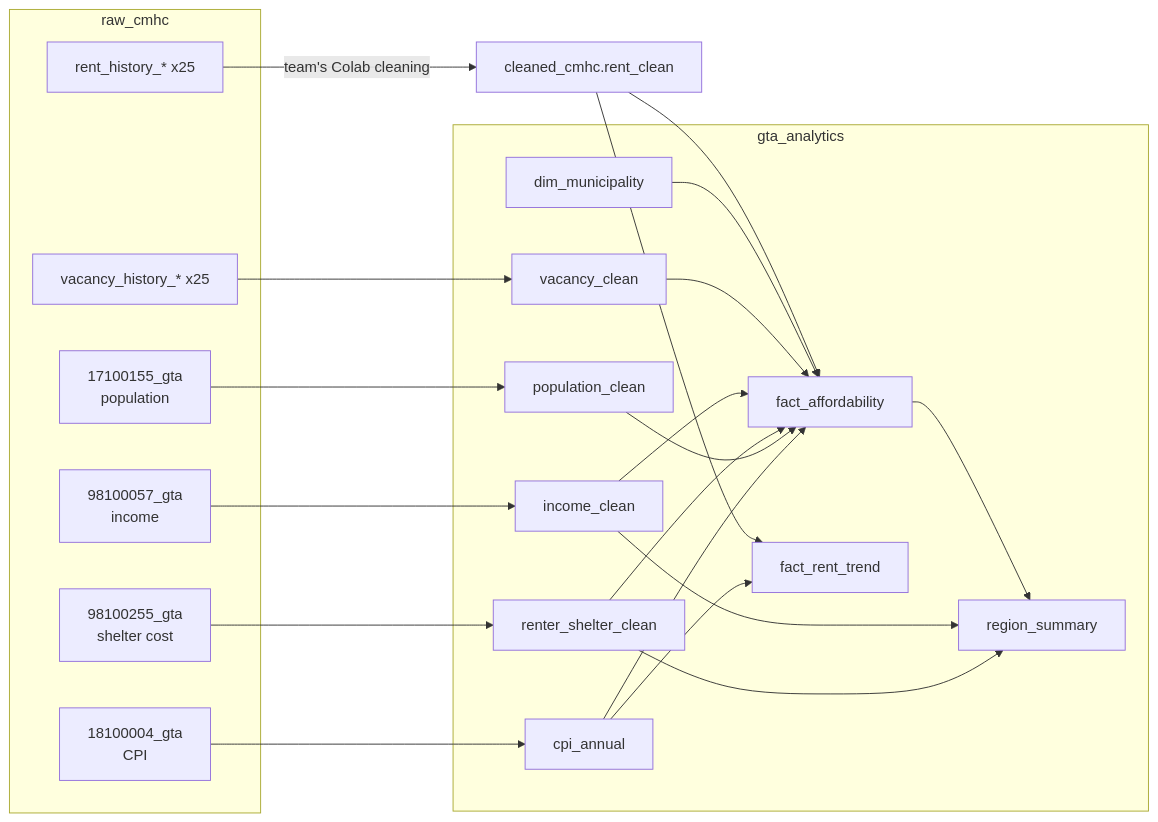
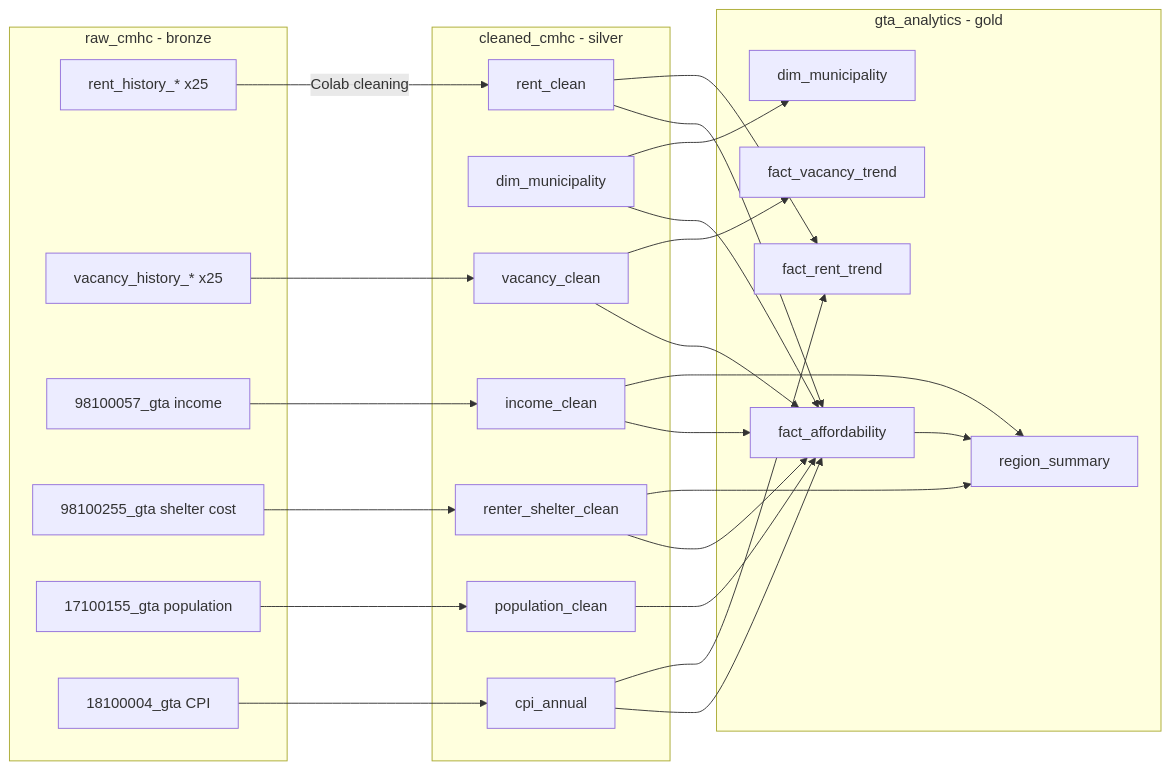
The diagram in 4-Analysis/readme.md (Samriti5959/gta-housing-affordability), drawn with Mermaid before and after one commit. The commit also changed other lines of this file and 25 other files, not shown here.

First line of the commit message:
Split SQL into bronze/silver/gold layers; add Power BI hand-off

````diff
--- a/4-Analysis/readme.md
+++ b/4-Analysis/readme.md
@@ -16,32 +36,38 @@
 ```mermaid
 flowchart LR
-    subgraph raw_cmhc
-      RH[rent_history_* x25]:::done
+    subgraph bronze [raw_cmhc - bronze]
+      RH[rent_history_* x25]
       VH[vacancy_history_* x25]
-      I[98100057_gta<br/>income]
-      S[98100255_gta<br/>shelter cost]
-      P[17100155_gta<br/>population]
-      C[18100004_gta<br/>CPI]
+      I[98100057_gta income]
+      S[98100255_gta shelter cost]
+      P[17100155_gta population]
+      C[18100004_gta CPI]
     end
-    RH -->|team's Colab cleaning| RC[cleaned_cmhc.rent_clean]
-    subgraph gta_analytics
+    subgraph silver [cleaned_cmhc - silver]
+      RC[rent_clean]
       D[dim_municipality]
       V[vacancy_clean]
       IC[income_clean]
       SC[renter_shelter_clean]
       PC[population_clean]
       CA[cpi_annual]
+    end
+    subgraph gold [gta_analytics - gold]
       F[fact_affordability]
       T[fact_rent_trend]
+      VT[fact_vacancy_trend]
       R[region_summary]
+      GD[dim_municipality]
     end
+    RH -->|Colab cleaning| RC
     VH --> V
     I --> IC
     S --> SC
     P --> PC
     C --> CA
-    RC --> F
-    D & V & IC & SC & PC & CA --> F
+    RC & D & V & IC & SC & PC & CA --> F
     RC & CA --> T
+    V --> VT
+    D --> GD
     F & IC & SC --> R
 ```
````
